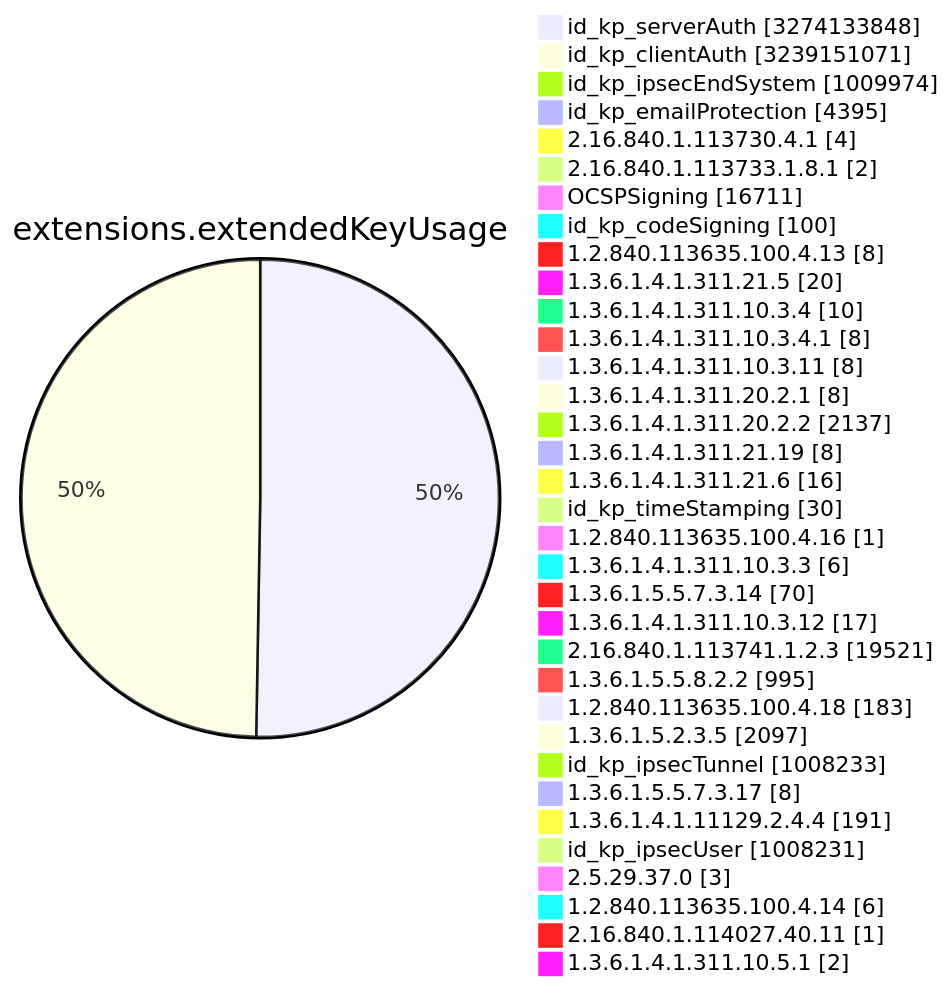
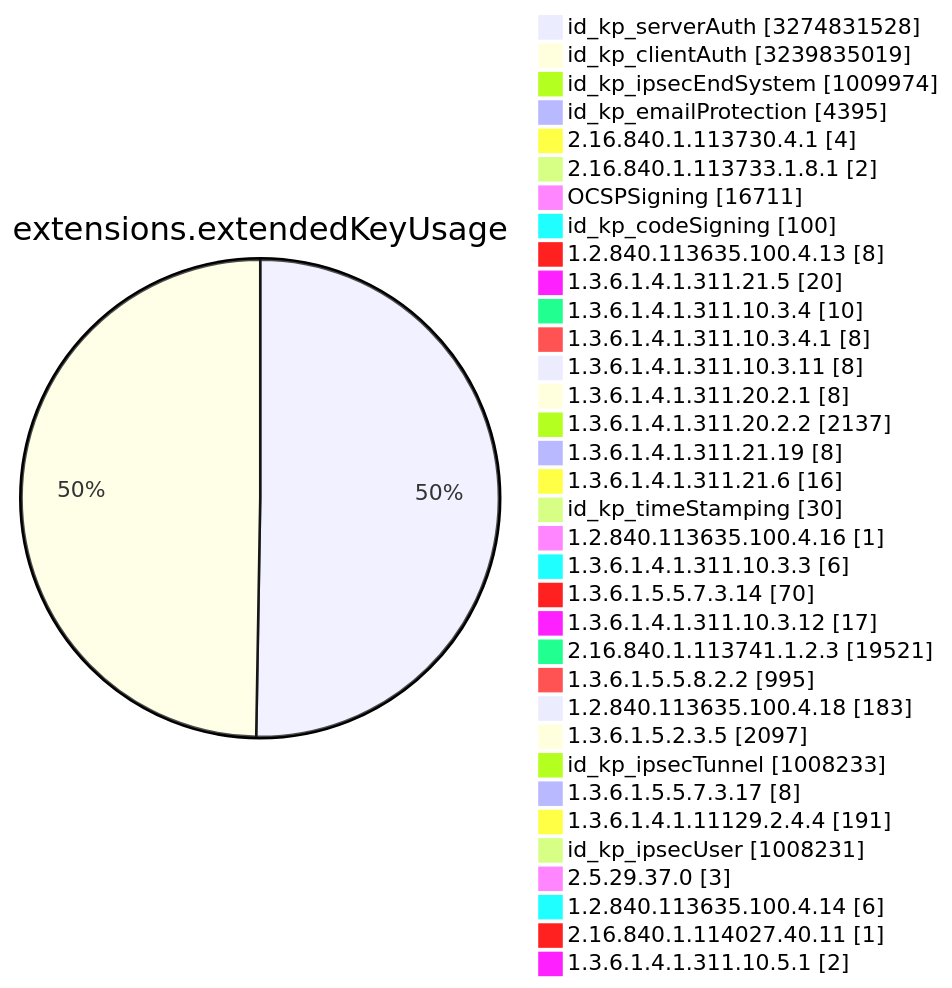
Diagram 11 of 15 in TOTAL/README.md (christiankrug/ctmonitor_visualization), drawn with Mermaid before and after one commit. The commit also changed other lines of this file, not shown here.

````diff
--- a/TOTAL/README.md
+++ b/TOTAL/README.md
@@ -4119,38 +4119,38 @@
 ```mermaid
 pie showData
 title extensions.extendedKeyUsage
-"id_kp_serverAuth" :3274133848
-"id_kp_clientAuth" :3239151071
+"id_kp_serverAuth" :3274831528
+"id_kp_clientAuth" :3239835019
 "id_kp_ipsecEndSystem" :1009974
 "id_kp_emailProtection" :4395
 "2.16.840.1.113730.4.1" :4
 "2.16.840.1.113733.1.8.1" :2
 "OCSPSigning" :16711
 "id_kp_codeSigning" :100
 "1.2.840.113635.100.4.13" :8
 "1.3.6.1.4.1.311.21.5" :20
 "1.3.6.1.4.1.311.10.3.4" :10
 "1.3.6.1.4.1.311.10.3.4.1" :8
 "1.3.6.1.4.1.311.10.3.11" :8
 "1.3.6.1.4.1.311.20.2.1" :8
 "1.3.6.1.4.1.311.20.2.2" :2137
 "1.3.6.1.4.1.311.21.19" :8
 "1.3.6.1.4.1.311.21.6" :16
 "id_kp_timeStamping" :30
 "1.2.840.113635.100.4.16" :1
 "1.3.6.1.4.1.311.10.3.3" :6
 "1.3.6.1.5.5.7.3.14" :70
 "1.3.6.1.4.1.311.10.3.12" :17
 "2.16.840.1.113741.1.2.3" :19521
 "1.3.6.1.5.5.8.2.2" :995
 "1.2.840.113635.100.4.18" :183
 "1.3.6.1.5.2.3.5" :2097
 "id_kp_ipsecTunnel" :1008233
 "1.3.6.1.5.5.7.3.17" :8
 "1.3.6.1.4.1.11129.2.4.4" :191
 "id_kp_ipsecUser" :1008231
 "2.5.29.37.0" :3
 "1.2.840.113635.100.4.14" :6
 "2.16.840.1.114027.40.11" :1
 "1.3.6.1.4.1.311.10.5.1" :2
 ```
````
